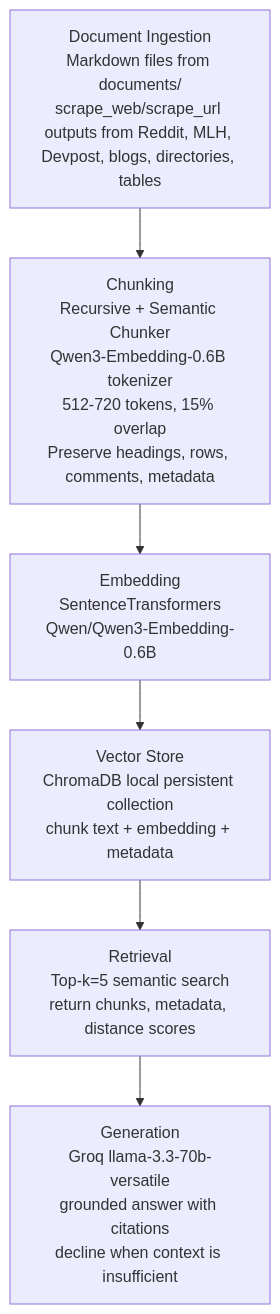
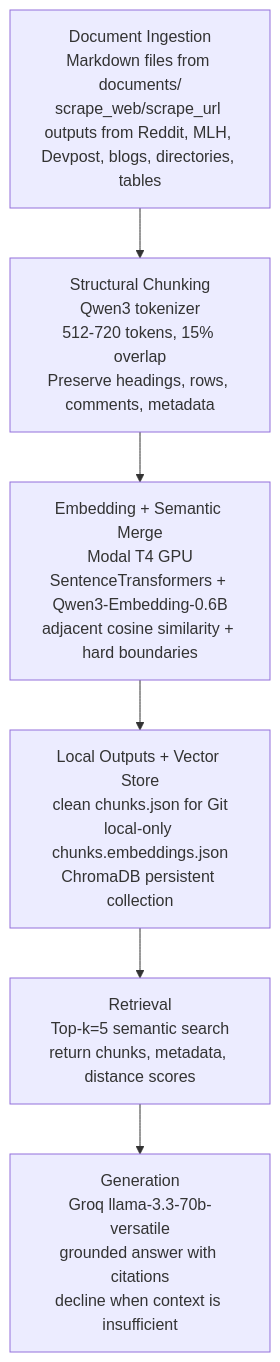
Before and after one commit to princymaheshwari/hackathons-guide-rag: the diagram in planning.md, drawn with Mermaid. The commit also changed other lines of this file and 3 other files, not shown here.

Commit message:
Verified the threshold for semantic chunking and stored the embeddings in ChromaDB database

````diff
--- a/planning.md
+++ b/planning.md
@@ -154,8 +164,8 @@
 ```mermaid
 flowchart TD
-    A["Document Ingestion<br/>Markdown files from documents/<br/>scrape_web/scrape_url outputs from Reddit, MLH, Devpost, blogs, directories, tables"] --> B["Chunking<br/>Recursive + Semantic Chunker<br/>Qwen3-Embedding-0.6B tokenizer<br/>512-720 tokens, 15% overlap<br/>Preserve headings, rows, comments, metadata"]
-    B --> C["Embedding<br/>SentenceTransformers<br/>Qwen/Qwen3-Embedding-0.6B"]
-    C --> D["Vector Store<br/>ChromaDB local persistent collection<br/>chunk text + embedding + metadata"]
+    A["Document Ingestion<br/>Markdown files from documents/<br/>scrape_web/scrape_url outputs from Reddit, MLH, Devpost, blogs, directories, tables"] --> B["Structural Chunking<br/>Qwen3 tokenizer<br/>512-720 tokens, 15% overlap<br/>Preserve headings, rows, comments, metadata"]
+    B --> C["Embedding + Semantic Merge<br/>Modal T4 GPU<br/>SentenceTransformers + Qwen3-Embedding-0.6B<br/>adjacent cosine similarity + hard boundaries"]
+    C --> D["Local Outputs + Vector Store<br/>clean chunks.json for Git<br/>local-only chunks.embeddings.json<br/>ChromaDB persistent collection"]
     D --> E["Retrieval<br/>Top-k=5 semantic search<br/>return chunks, metadata, distance scores"]
     E --> F["Generation<br/>Groq llama-3.3-70b-versatile<br/>grounded answer with citations<br/>decline when context is insufficient"]
 ```
````
